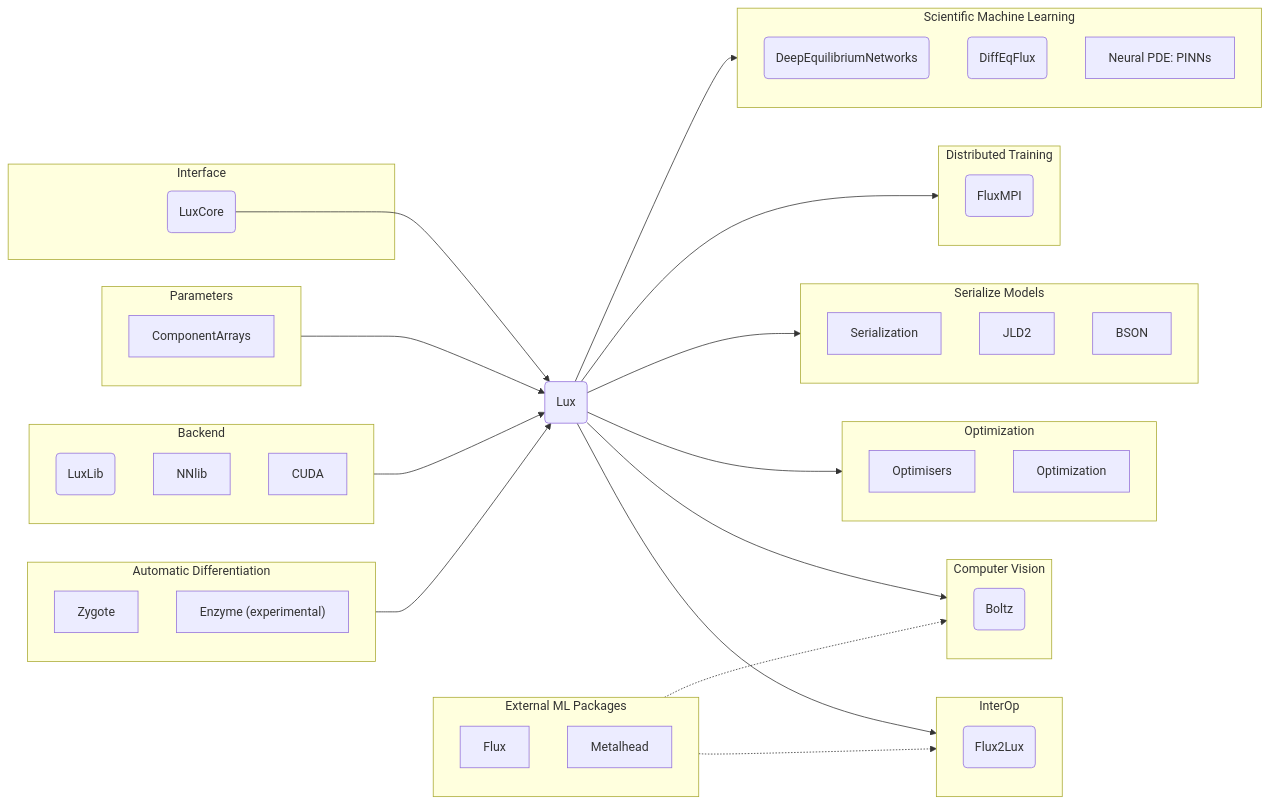
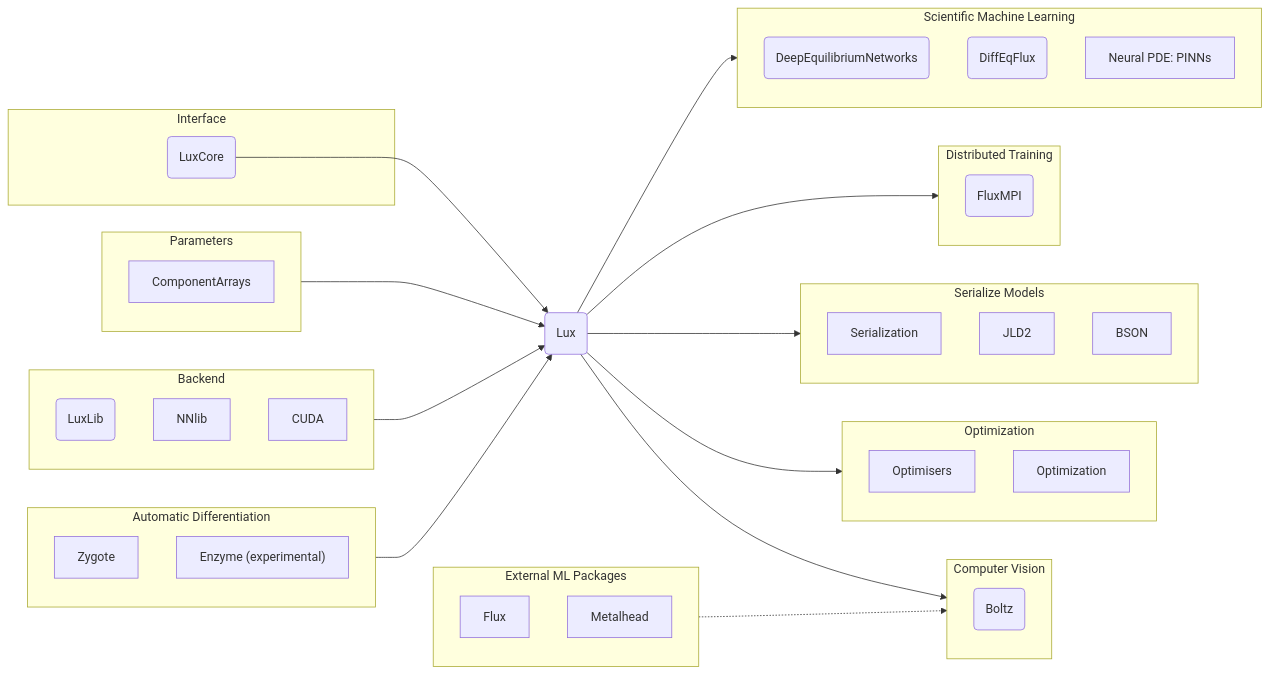
One commit to LuxDL/Lux.jl changed the diagram in README.md. Above: the diagram before and after it, drawn with Mermaid. The commit also changed 19 other files, not shown here.

Commit message:
Use Extensions for Flux2Lux

````diff
--- a/README.md
+++ b/README.md
@@ -73,58 +73,53 @@
 ```mermaid
 flowchart LR
     subgraph Interface
         LuxCore(LuxCore)
     end
     subgraph Backend
         LuxLib(LuxLib)
         NNlib
         CUDA
-    end
-    subgraph InterOp
-        Flux2Lux(Flux2Lux)
     end
     subgraph ExternalML[External ML Packages]
         Flux
         Metalhead
     end
     subgraph CompViz[Computer Vision]
         Boltz(Boltz)
     end
     subgraph SciML[Scientific Machine Learning]
         DeepEquilibriumNetworks(DeepEquilibriumNetworks)
         DiffEqFlux(DiffEqFlux)
         NeuralPDE[Neural PDE: PINNs]
     end
     subgraph AD[Automatic Differentiation]
         Zygote
         Enzyme["Enzyme (experimental)"]
     end
     subgraph Dist[Distributed Training]
         FluxMPI(FluxMPI)
     end
     subgraph SerializeModels[Serialize Models]
         Serial[Serialization]
         JLD2
         BSON
     end
     subgraph Opt[Optimization]
         Optimisers
         Optimization
     end
     subgraph Parameters
         ComponentArrays
     end
     Lux(Lux)
     Parameters --> Lux
     LuxCore --> Lux
     Backend --> Lux
     Lux --> SciML
     AD --> Lux
     Lux --> Dist
     Lux --> SerializeModels
     Lux --> Opt
     Lux --> CompViz
     ExternalML -.-> CompViz
-    Lux --> InterOp
-    ExternalML -.-> InterOp
 ```
````
